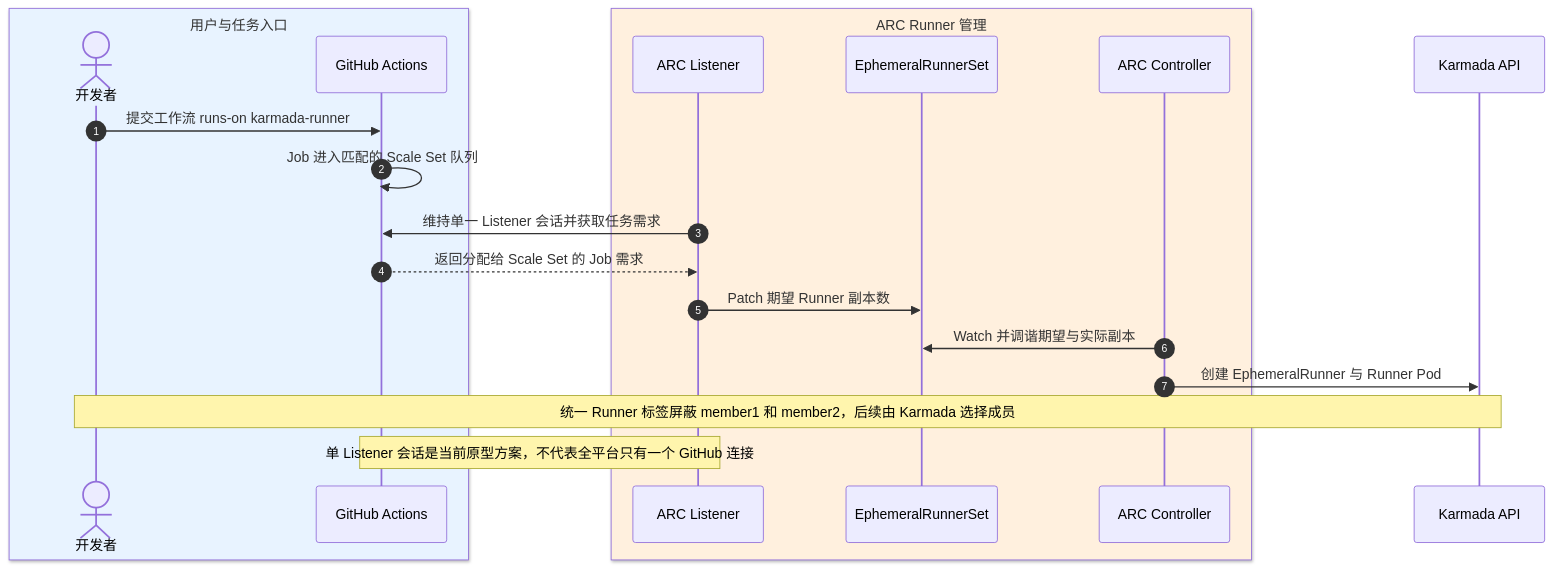
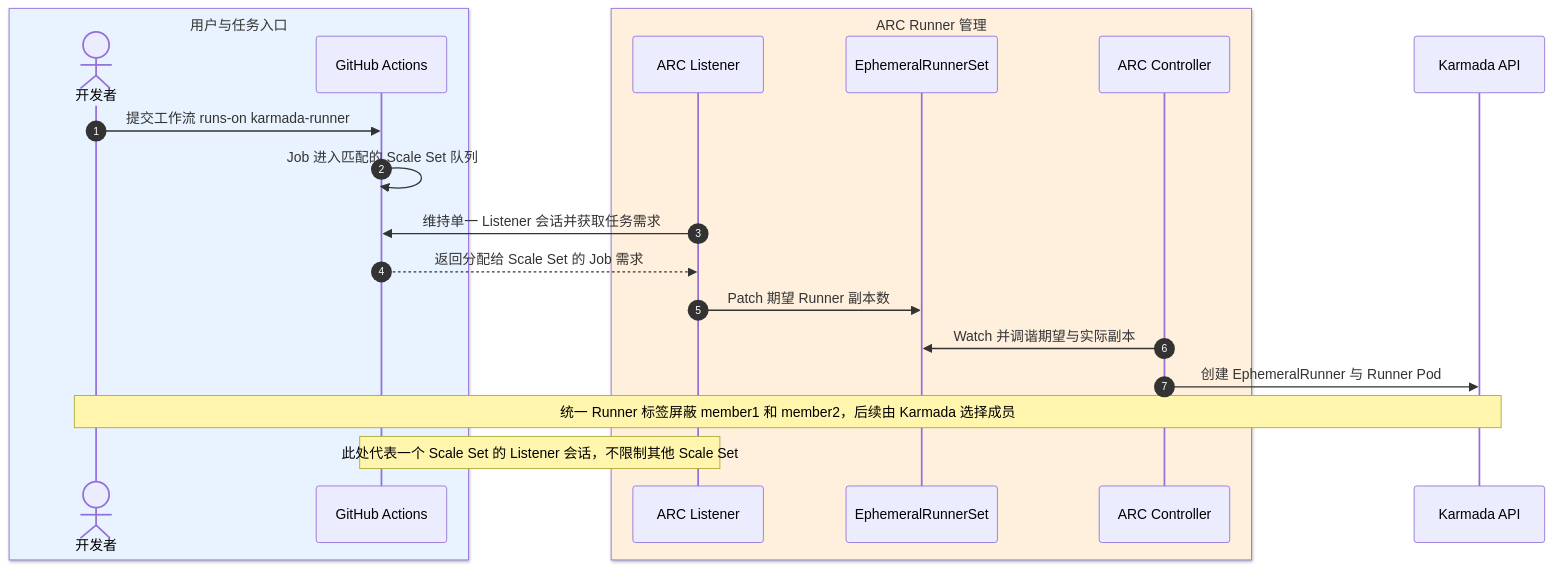
The first of 8 diagrams in docs/KARMADA-ARC-SUBSYSTEM-DESIGN.md (pkking/arc-karmada-test), drawn with Mermaid before and after one commit. The commit also changed other lines of this file, not shown here.

Commit message:
docs: shift architecture design evidence to official ARC Karmada Kubernetes docs, remove PoC acceptance gate

````diff
--- a/docs/KARMADA-ARC-SUBSYSTEM-DESIGN.md
+++ b/docs/KARMADA-ARC-SUBSYSTEM-DESIGN.md
@@ -226,24 +229,24 @@
 ```mermaid
 sequenceDiagram
     autonumber
     box rgb(232,243,255) 用户与任务入口
         actor Dev as 开发者
         participant GH as GitHub Actions
     end
     box rgb(255,240,222) ARC Runner 管理
         participant L as ARC Listener
         participant ERS as EphemeralRunnerSet
         participant C as ARC Controller
     end
     participant K as Karmada API
 
     Dev->>GH: 提交工作流 runs-on karmada-runner
     GH->>GH: Job 进入匹配的 Scale Set 队列
     L->>GH: 维持单一 Listener 会话并获取任务需求
     GH-->>L: 返回分配给 Scale Set 的 Job 需求
     L->>ERS: Patch 期望 Runner 副本数
     C->>ERS: Watch 并调谐期望与实际副本
     C->>K: 创建 EphemeralRunner 与 Runner Pod
     Note over Dev,K: 统一 Runner 标签屏蔽 member1 和 member2，后续由 Karmada 选择成员
-    Note over GH,L: 单 Listener 会话是当前原型方案，不代表全平台只有一个 GitHub 连接
+    Note over GH,L: 此处代表一个 Scale Set 的 Listener 会话，不限制其他 Scale Set
 ```
````
